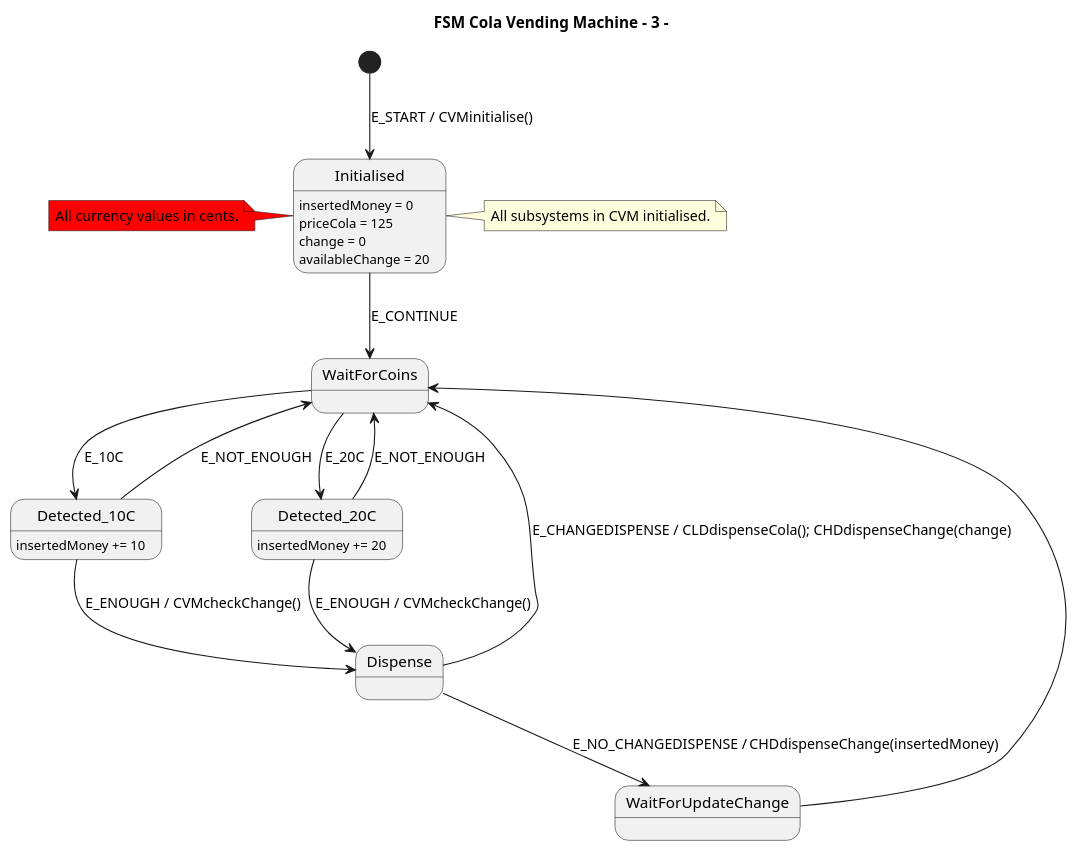
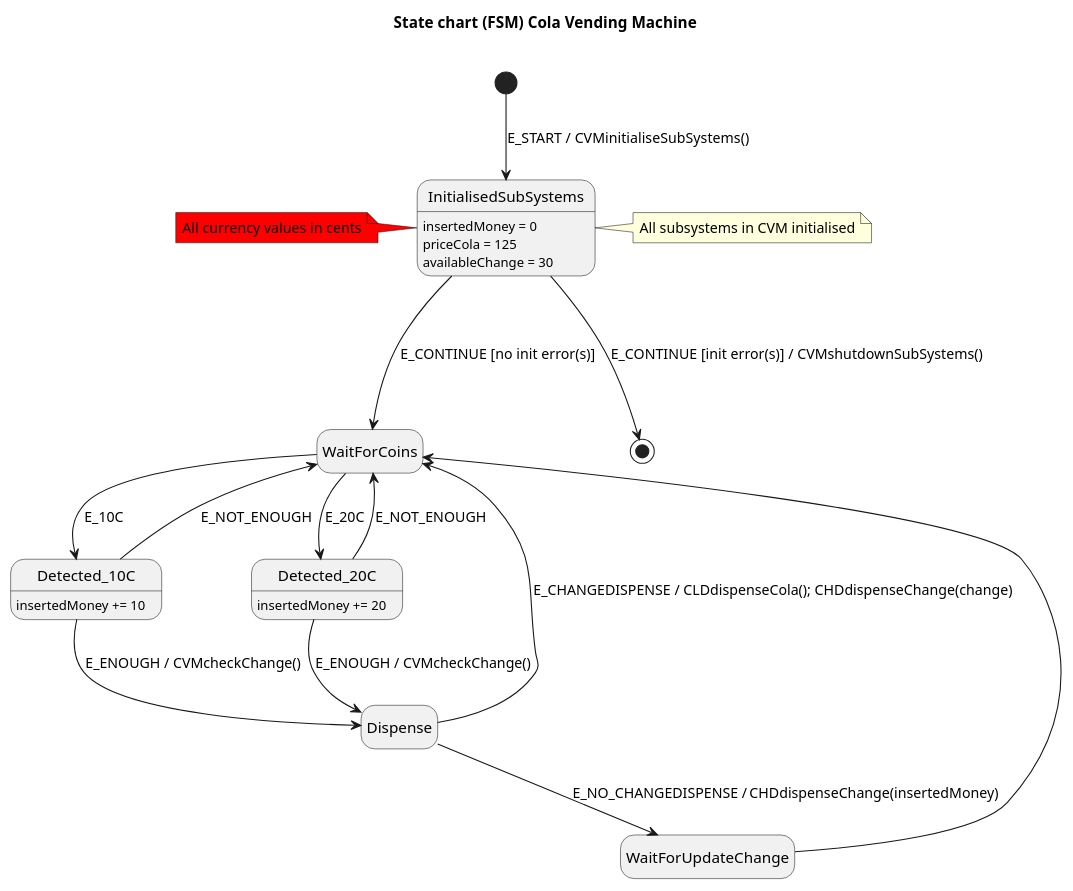
One commit to josokw/IntroductionC changed the diagram in ColaVendingMachine/CVM-3/uml/ColaVendingMachine-3-fsm.puml. Above: the diagram before and after it, drawn with PlantUML. The commit also changed 1 other file, not shown here.

Commit message:
Update fsm, show more init values

```diff
--- a/ColaVendingMachine/CVM-3/uml/ColaVendingMachine-3-fsm.puml
+++ b/ColaVendingMachine/CVM-3/uml/ColaVendingMachine-3-fsm.puml
@@ -1,35 +1,37 @@
 @startuml
 
-title FSM Cola Vending Machine - 3 -
+hide empty description
 
-[*] --> Initialised : E_START / CVMinitialise()
-Initialised : insertedMoney = 0
-Initialised : priceCola = 125
-Initialised : change = 0
-Initialised : availableChange = 20
-Initialised --> WaitForCoins : E_CONTINUE
+title State chart (FSM) Cola Vending Machine\n
+
+[*] --> InitialisedSubSystems : E_START / CVMinitialiseSubSystems()
+InitialisedSubSystems : insertedMoney = 0
+InitialisedSubSystems : priceCola = 125
+InitialisedSubSystems : availableChange = 30
+InitialisedSubSystems ---> WaitForCoins : E_CONTINUE [no init error(s)]
+InitialisedSubSystems ---> [*] : E_CONTINUE [init error(s)] / CVMshutdownSubSystems()
 
 WaitForCoins --> Detected_10C : E_10C
 Detected_10C : insertedMoney += 10
 Detected_10C --> WaitForCoins : E_NOT_ENOUGH
 Detected_10C --> Dispense : E_ENOUGH / CVMcheckChange()
 
 WaitForCoins --> Detected_20C : E_20C
 Detected_20C : insertedMoney += 20
 Detected_20C --> WaitForCoins : E_NOT_ENOUGH
 Detected_20C --> Dispense :  E_ENOUGH / CVMcheckChange()
 
 Dispense --> WaitForUpdateChange: E_NO_CHANGEDISPENSE /	CHDdispenseChange(insertedMoney)
 WaitForUpdateChange --> WaitForCoins
 
 Dispense --> WaitForCoins :  E_CHANGEDISPENSE / CLDdispenseCola(); CHDdispenseChange(change)
 
-note right of Initialised
-    All subsystems in CVM initialised.
+note right of InitialisedSubSystems
+    All subsystems in CVM initialised
 end note
 
-note left of Initialised #red
-    All currency values in cents.
+note left of InitialisedSubSystems #red
+    All currency values in cents
 end note
 
 @enduml
```
